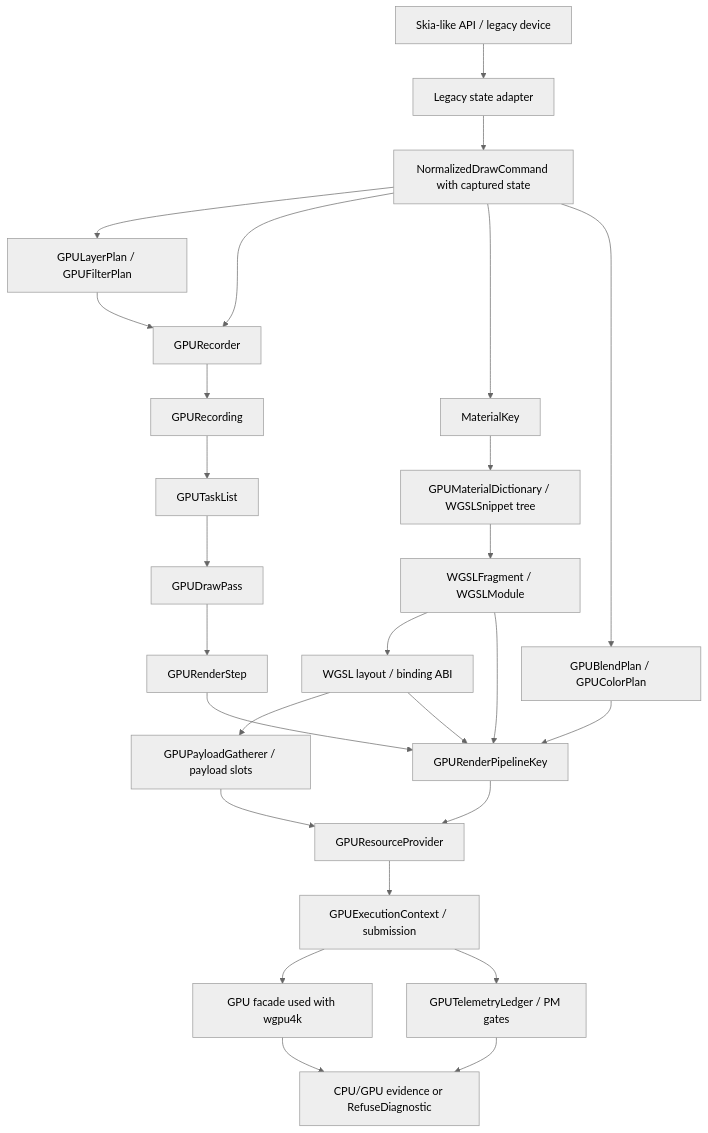
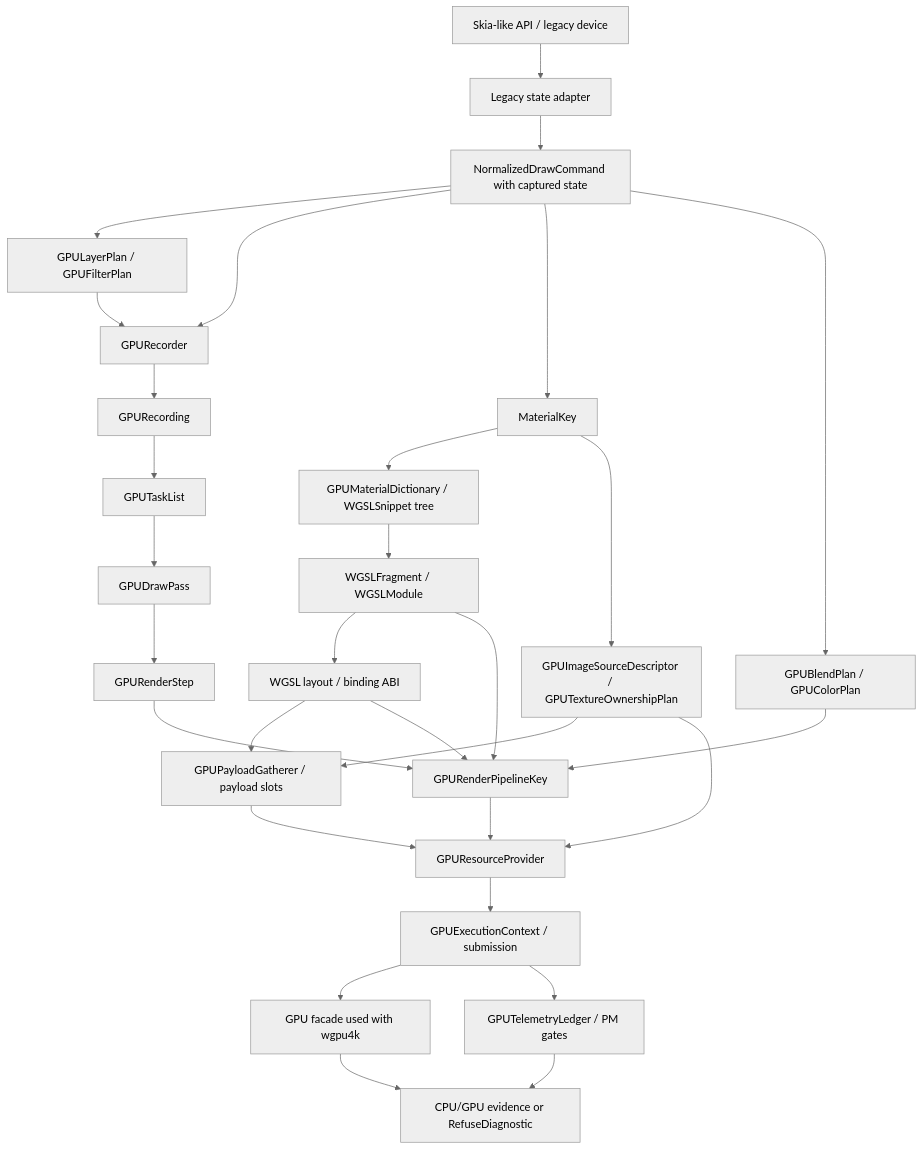
The diagram in .upstream/specs/gpu-renderer/README.md (ygdrasil-io/kanvas), drawn with Mermaid (neutral theme) before and after one commit. The commit also changed other lines of this file and 18 other files, not shown here.

````diff
--- a/.upstream/specs/gpu-renderer/README.md
+++ b/.upstream/specs/gpu-renderer/README.md
@@ -145,29 +153,32 @@
 ```mermaid
 flowchart TD
     legacy["Skia-like API / legacy device"] --> adapter["Legacy state adapter"]
     adapter --> command["NormalizedDrawCommand with captured state"]
     command --> layerplan["GPULayerPlan / GPUFilterPlan"]
     command --> recorder["GPURecorder"]
     layerplan --> recorder
     recorder --> recording["GPURecording"]
     recording --> tasks["GPUTaskList"]
     tasks --> drawpass["GPUDrawPass"]
     drawpass --> step["GPURenderStep"]
     command --> material["MaterialKey"]
     material --> dictionary["GPUMaterialDictionary / WGSLSnippet tree"]
     command --> blend["GPUBlendPlan / GPUColorPlan"]
     dictionary --> wgsl["WGSLFragment / WGSLModule"]
+    material --> textureplan["GPUImageSourceDescriptor / GPUTextureOwnershipPlan"]
     wgsl --> abi["WGSL layout / binding ABI"]
     abi --> payload["GPUPayloadGatherer / payload slots"]
+    textureplan --> payload
     step --> pipeline["GPURenderPipelineKey"]
     blend --> pipeline
     abi --> pipeline
     wgsl --> pipeline
     payload --> resources
+    textureplan --> resources
     pipeline --> resources["GPUResourceProvider"]
     resources --> execution["GPUExecutionContext / submission"]
     execution --> facade["GPU facade used with wgpu4k"]
     execution --> telemetry["GPUTelemetryLedger / PM gates"]
     facade --> evidence["CPU/GPU evidence or RefuseDiagnostic"]
     telemetry --> evidence
 ```
````
